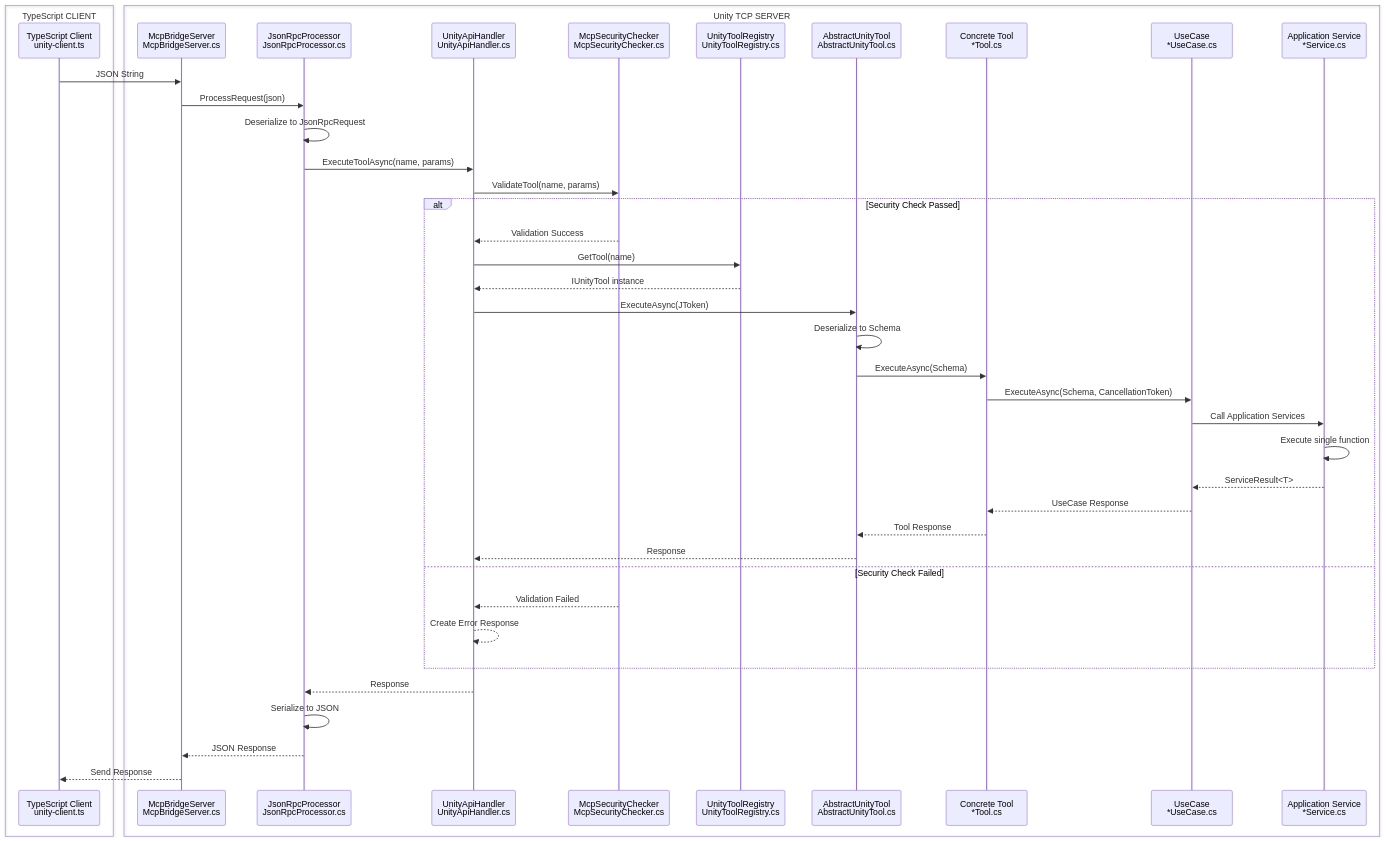
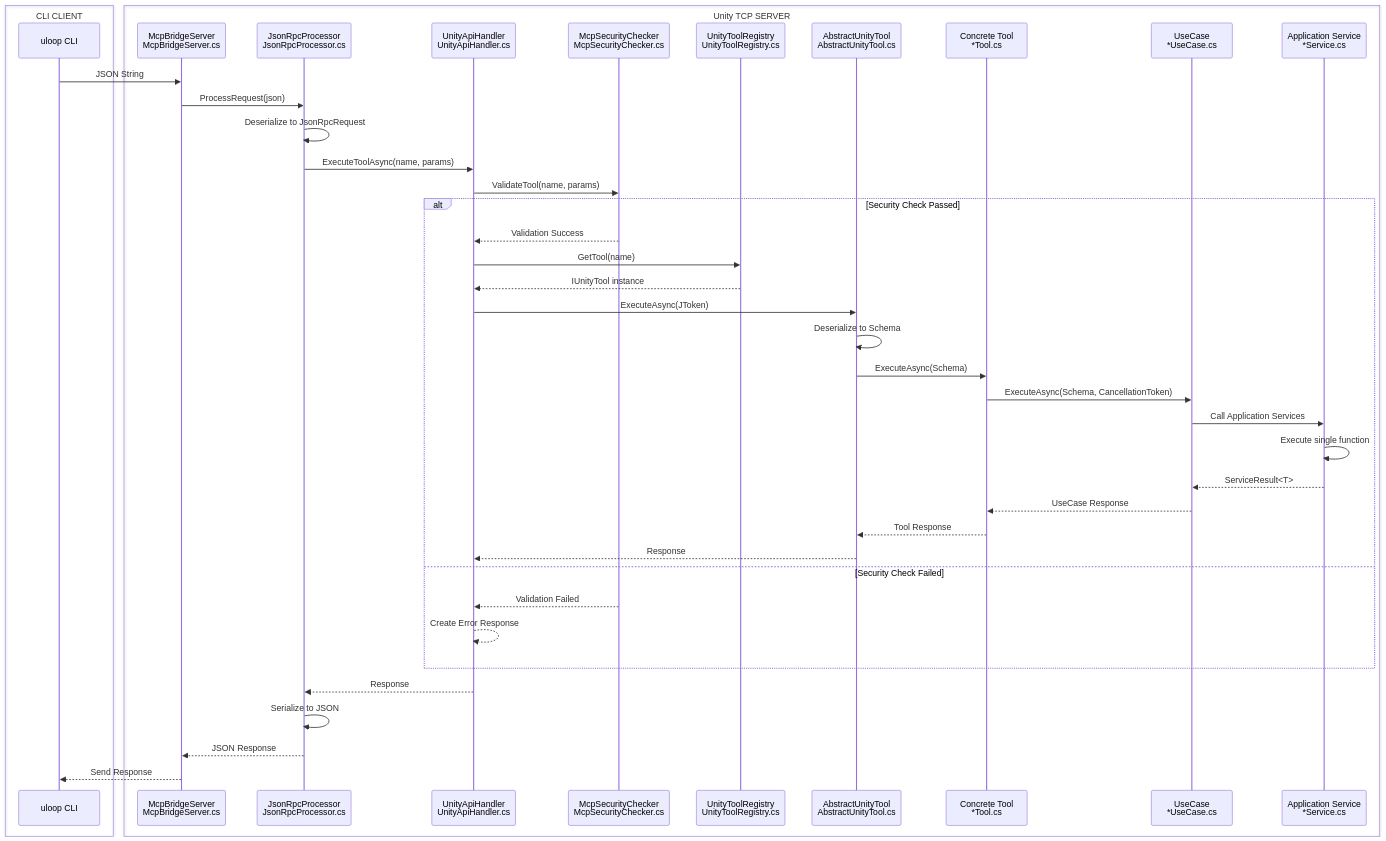
One commit to hatayama/uLoopMCP changed the sixth of 7 diagrams in Packages/docs/ARCHITECTURE_Unity.md. Above: the diagram before and after it, drawn with Mermaid. The commit also changed other lines of this file and 26 other files, not shown here.

````diff
--- a/Packages/docs/ARCHITECTURE_Unity.md
+++ b/Packages/docs/ARCHITECTURE_Unity.md
@@ -557,46 +559,46 @@
 ```mermaid
 sequenceDiagram
-    box TypeScript CLIENT
-    participant TS as TypeScript Client<br/>unity-client.ts
+    box CLI CLIENT
+    participant CLI as uloop CLI
     end
     
     box Unity TCP SERVER
     participant MB as McpBridgeServer<br/>McpBridgeServer.cs
     participant JP as JsonRpcProcessor<br/>JsonRpcProcessor.cs
     participant UA as UnityApiHandler<br/>UnityApiHandler.cs
     participant SC as McpSecurityChecker<br/>McpSecurityChecker.cs
     participant UR as UnityToolRegistry<br/>UnityToolRegistry.cs
     participant AT as AbstractUnityTool<br/>AbstractUnityTool.cs
     participant Tool as Concrete Tool<br/>*Tool.cs
     participant UC as UseCase<br/>*UseCase.cs
     participant AS as Application Service<br/>*Service.cs
     end
 
-    TS->>MB: JSON String
+    CLI->>MB: JSON String
     MB->>JP: ProcessRequest(json)
     JP->>JP: Deserialize to JsonRpcRequest
     JP->>UA: ExecuteToolAsync(name, params)
     UA->>SC: ValidateTool(name, params)
     alt Security Check Passed
         SC-->>UA: Validation Success
         UA->>UR: GetTool(name)
         UR-->>UA: IUnityTool instance
         UA->>AT: ExecuteAsync(JToken)
         AT->>AT: Deserialize to Schema
         AT->>Tool: ExecuteAsync(Schema)
         Tool->>UC: ExecuteAsync(Schema, CancellationToken)
         UC->>AS: Call Application Services
         AS->>AS: Execute single function
         AS-->>UC: ServiceResult<T>
         UC-->>Tool: UseCase Response
         Tool-->>AT: Tool Response
         AT-->>UA: Response
     else Security Check Failed
         SC-->>UA: Validation Failed
         UA-->>UA: Create Error Response
     end
     UA-->>JP: Response
     JP->>JP: Serialize to JSON
     JP-->>MB: JSON Response
-    MB-->>TS: Send Response
+    MB-->>CLI: Send Response
 ```
````
